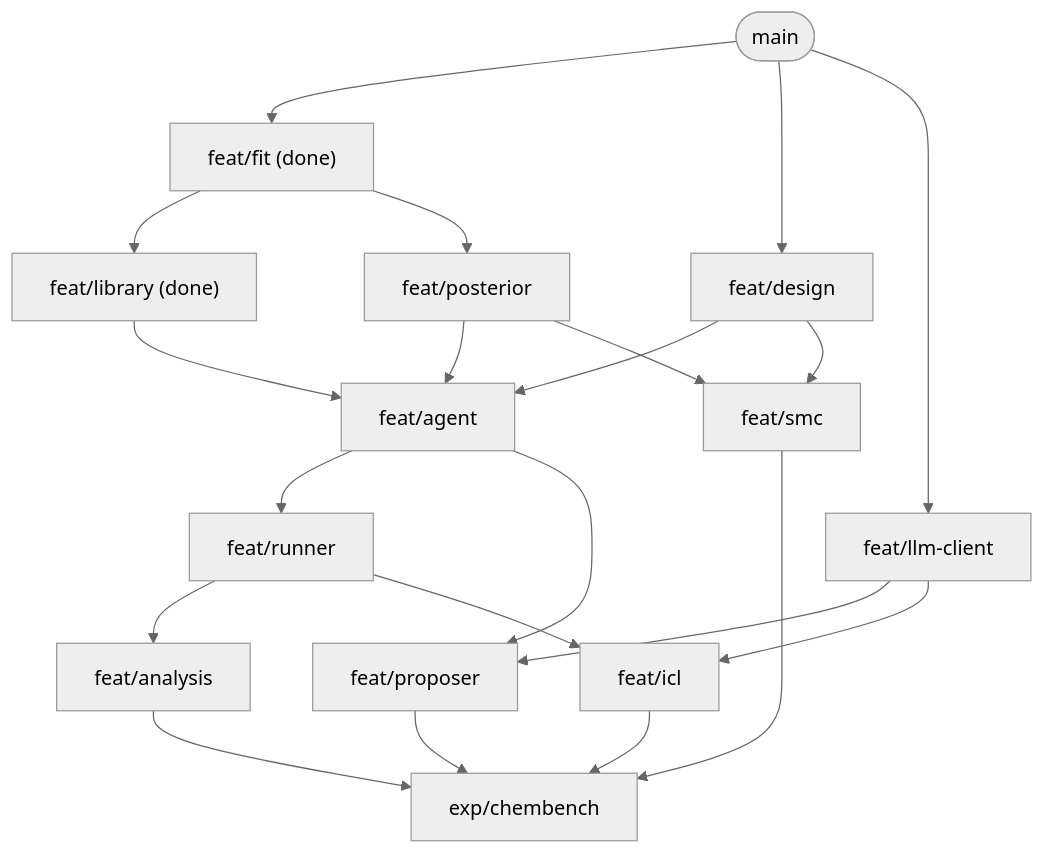
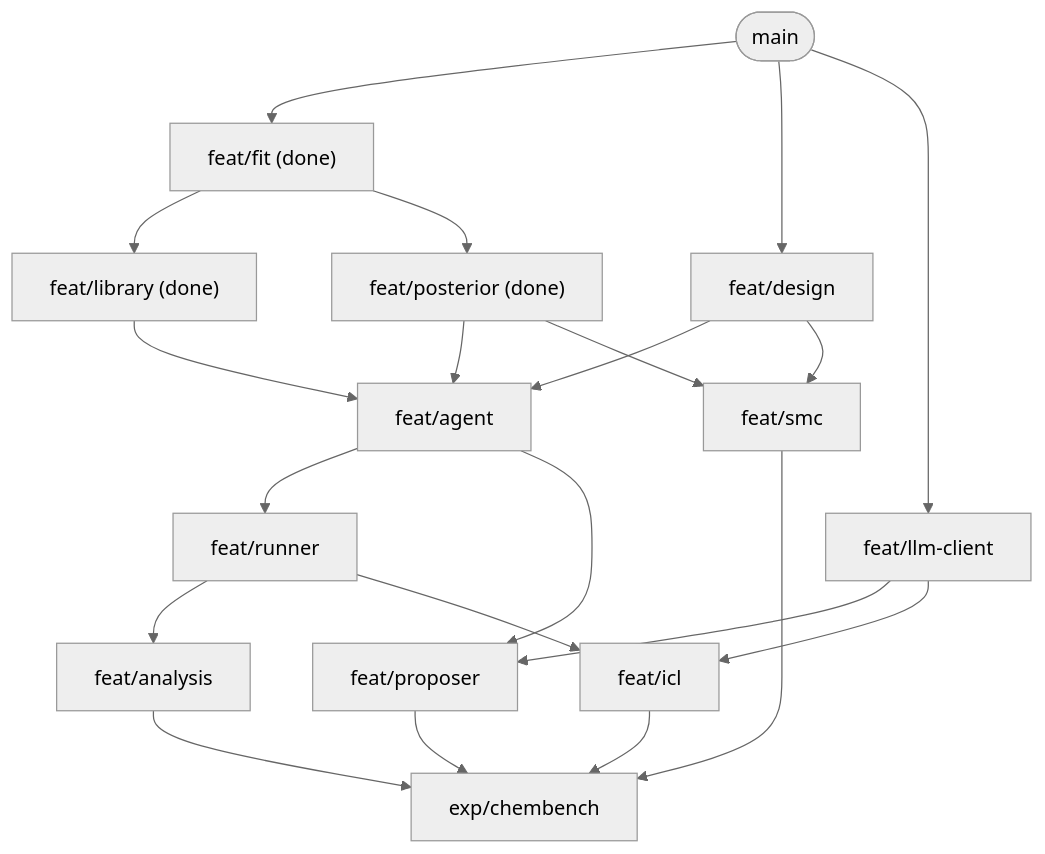
Before and after one commit to yuta0no/mda-impl: the second of 2 diagrams in docs/blueprint.md, drawn with Mermaid (neutral theme). The commit also changed other lines of this file and 1 other file, not shown here.

````diff
--- a/docs/blueprint.md
+++ b/docs/blueprint.md
@@ -71,23 +72,23 @@
 ```mermaid
 flowchart TD
     main(["main"]) --> fit["feat/fit (done)"]
     fit --> library["feat/library (done)"]
-    fit --> posterior["feat/posterior"]
+    fit --> posterior["feat/posterior (done)"]
     main --> design["feat/design"]
     main --> llmc["feat/llm-client"]
     library --> agent["feat/agent"]
     posterior --> agent
     design --> agent
     agent --> runner["feat/runner"]
     agent --> proposer["feat/proposer"]
     llmc --> proposer
     runner --> analysis["feat/analysis"]
     runner --> icl["feat/icl"]
     llmc --> icl
     posterior --> smc["feat/smc"]
     design --> smc
     proposer --> exp["exp/chembench"]
     analysis --> exp
     icl --> exp
     smc --> exp
 ```
````
